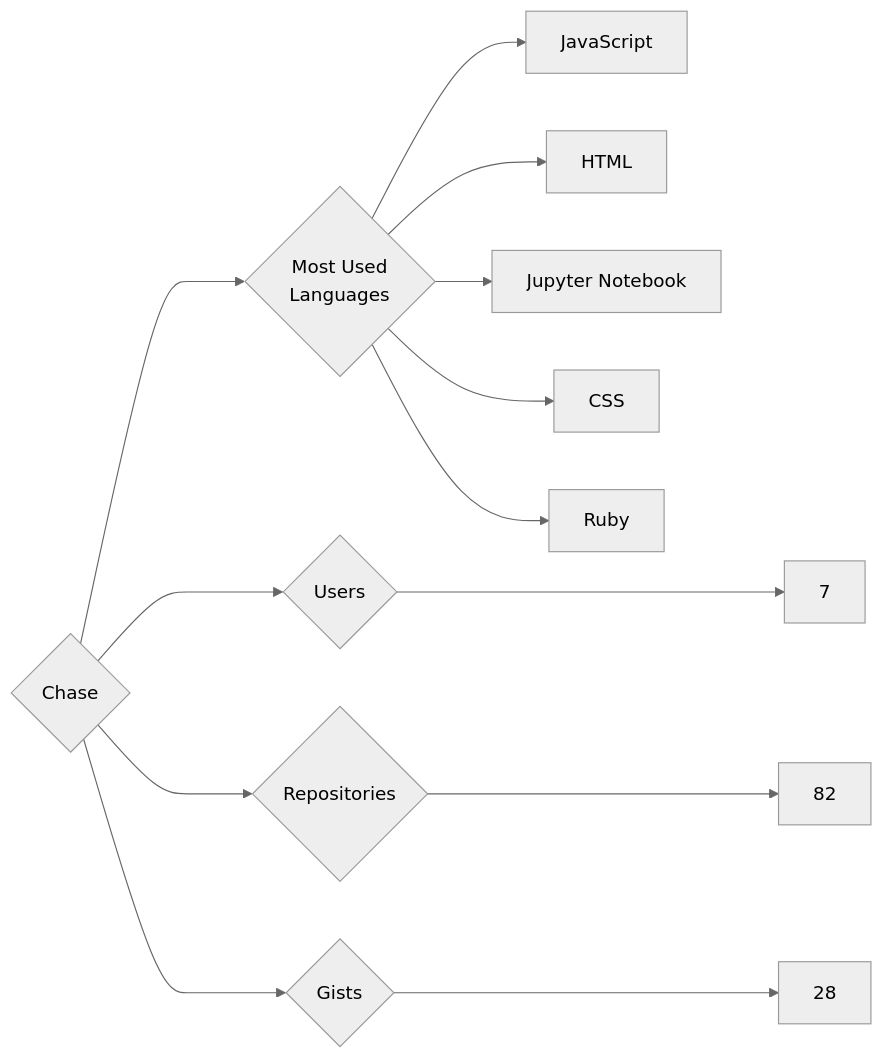
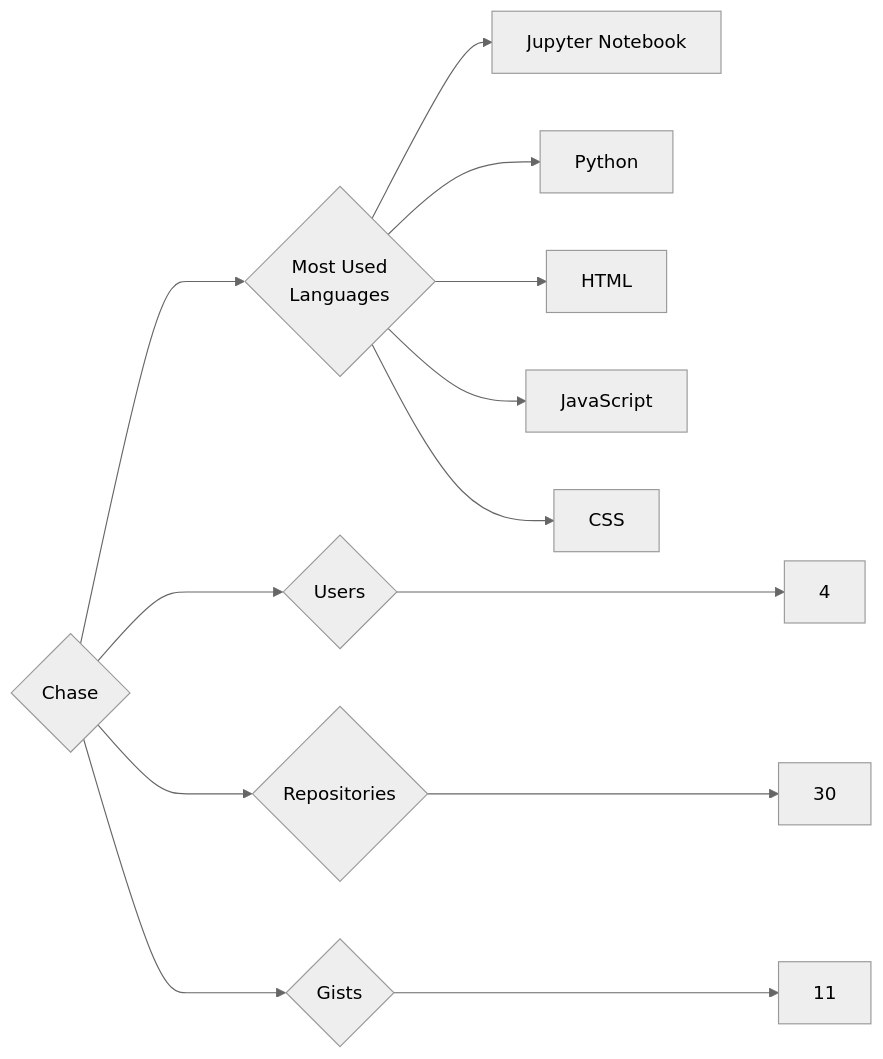
Before and after one commit to trickest/insiders: the diagram in targets/Chase/README.md, drawn with Mermaid (neutral theme). The commit also changed 1167 other files, not shown here.

````diff
--- a/targets/Chase/README.md
+++ b/targets/Chase/README.md
@@ -3,13 +3,13 @@
 ```mermaid
 graph LR
 COMPANY_NAME{Chase}
-COMPANY_NAME ---> U{Users} ---> UN[7]
-COMPANY_NAME ---> R{Repositories} ---> RN[82]
-COMPANY_NAME ---> G{Gists} ---> GN[28]
+COMPANY_NAME ---> U{Users} ---> UN[4]
+COMPANY_NAME ---> R{Repositories} ---> RN[30]
+COMPANY_NAME ---> G{Gists} ---> GN[11]
 COMPANY_NAME ---> ML{Most Used<br>Languages}
+ML --> Jupyter_Notebook[Jupyter Notebook]
+ML --> Python[Python]
+ML --> HTML[HTML]
 ML --> JavaScript[JavaScript]
-ML --> HTML[HTML]
-ML --> Jupyter_Notebook[Jupyter Notebook]
 ML --> CSS[CSS]
-ML --> Ruby[Ruby]
 ```
````
